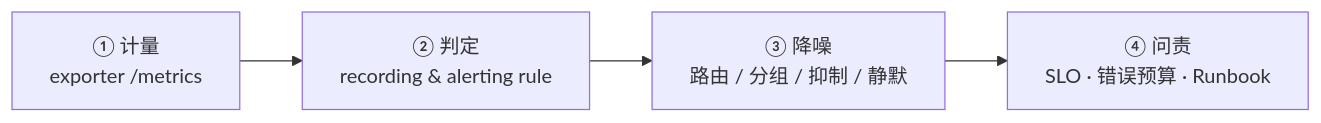
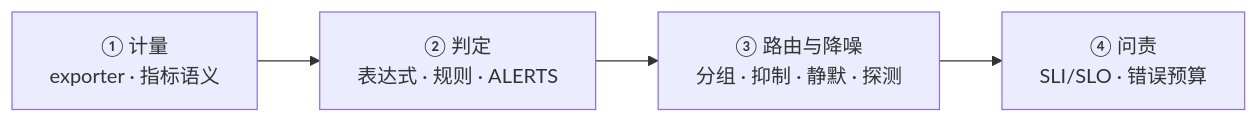
The second of 2 diagrams in Linux/09_日志与监控/00_导读与知识地图.md (realtyz/ops-manual), drawn with Mermaid before and after one commit. The commit also changed other lines of this file and 110 other files, not shown here.

````diff
--- a/Linux/09_日志与监控/00_导读与知识地图.md
+++ b/Linux/09_日志与监控/00_导读与知识地图.md
@@ -84,4 +40,6 @@
 ```mermaid
 flowchart LR
-  A["① 计量<br/>exporter /metrics"] --> B["② 判定<br/>recording & alerting rule"] --> C["③ 降噪<br/>路由 / 分组 / 抑制 / 静默"] --> D["④ 问责<br/>SLO · 错误预算 · Runbook"]
+  A["① 计量<br/>exporter · 指标语义"] --> B["② 判定<br/>表达式 · 规则 · ALERTS"]
+  B --> C["③ 路由与降噪<br/>分组 · 抑制 · 静默 · 探测"]
+  C --> D["④ 问责<br/>SLI/SLO · 错误预算"]
 ```
````
